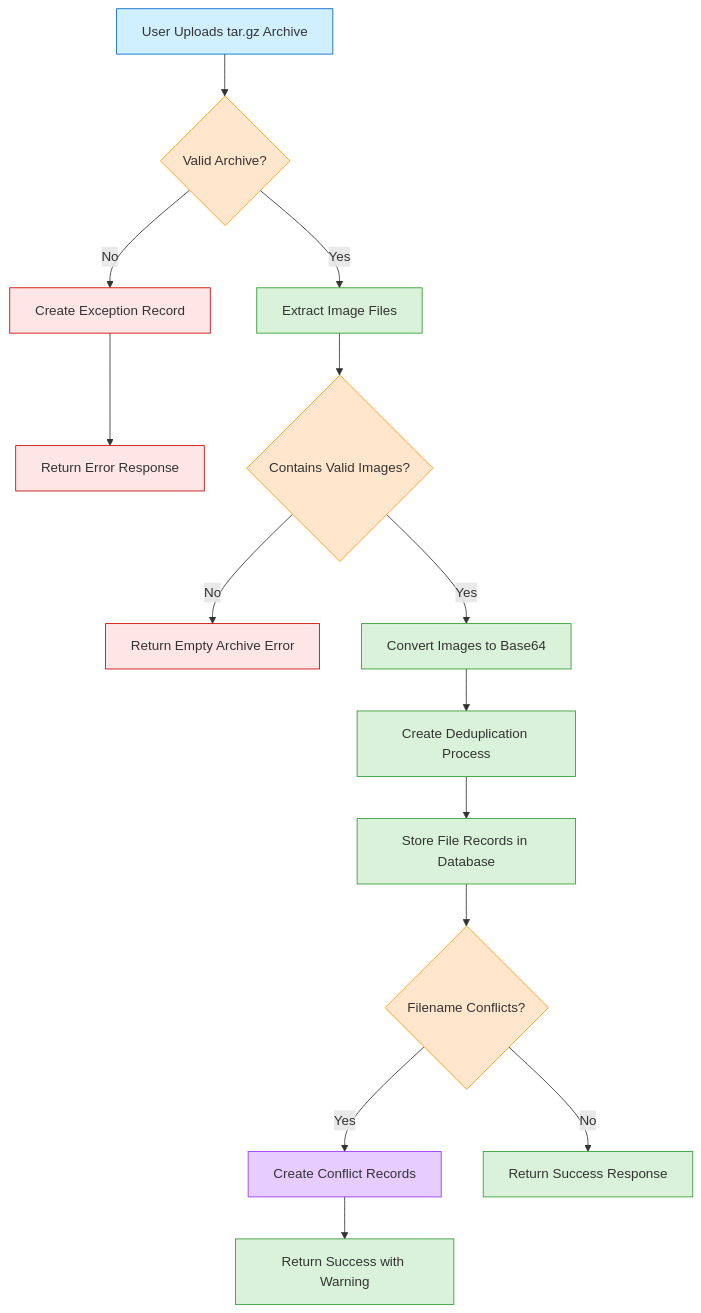
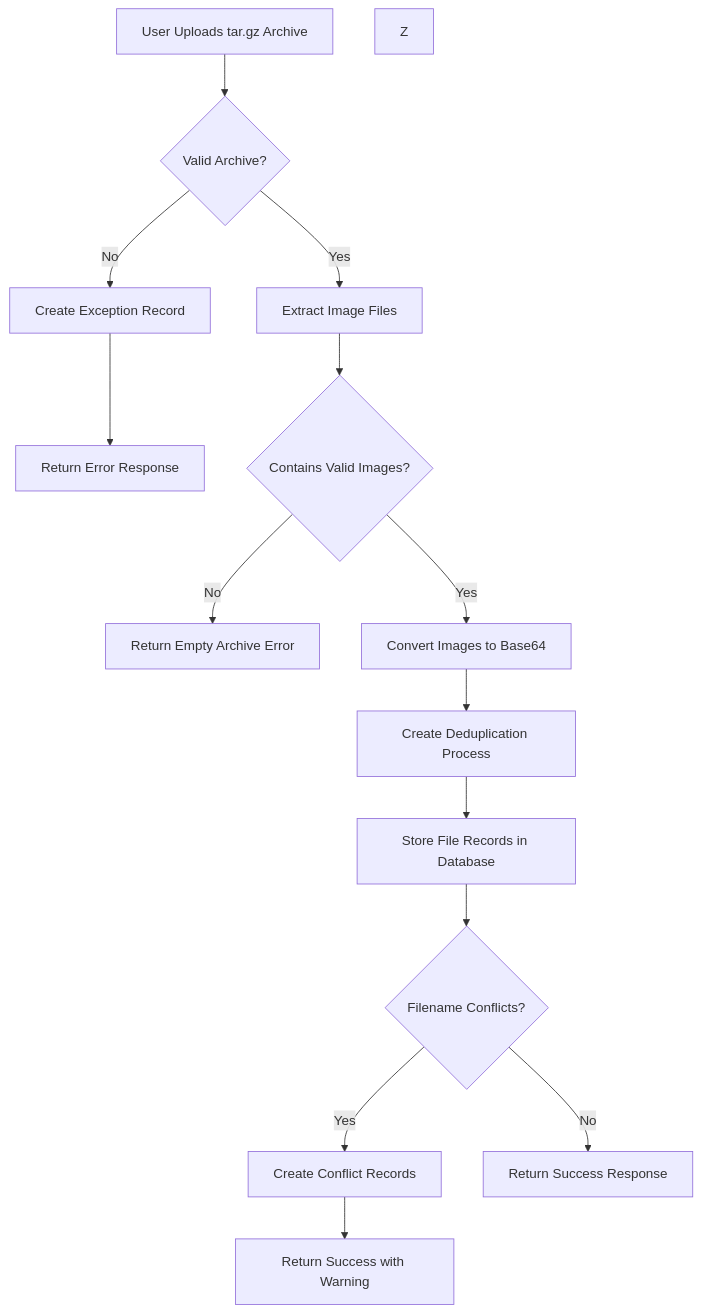
One commit to fares1919-ltrch/Backend-stage changed the second of 4 diagrams in Documentation/Upload.md. Above: the diagram before and after it, drawn with Mermaid. The commit also changed other lines of this file and 20 other files, not shown here.

````diff
--- a/Documentation/Upload.md
+++ b/Documentation/Upload.md
@@ -59,35 +55,22 @@
 ```mermaid
 flowchart TD
     A[User Uploads tar.gz Archive] --> B{Valid Archive?}
     B -->|No| C[Create Exception Record]
     C --> D[Return Error Response]
 
     B -->|Yes| E[Extract Image Files]
     E --> F{Contains Valid Images?}
     F -->|No| G[Return Empty Archive Error]
 
     F -->|Yes| H[Convert Images to Base64]
     H --> I[Create Deduplication Process]
     I --> J[Store File Records in Database]
     J --> K{Filename Conflicts?}
 
     K -->|Yes| L[Create Conflict Records]
     L --> M[Return Success with Warning]
 
     K -->|No| N[Return Success Response]
 
-    style A fill:#d1f0ff,stroke:#0066cc
-    style B fill:#ffe6cc,stroke:#ff9900
-    style C fill:#ffe6e6,stroke:#cc0000
-    style D fill:#ffe6e6,stroke:#cc0000
-    style E fill:#d9f2d9,stroke:#339933
-    style F fill:#ffe6cc,stroke:#ff9900
-    style G fill:#ffe6e6,stroke:#cc0000
-    style H fill:#d9f2d9,stroke:#339933
-    style I fill:#d9f2d9,stroke:#339933
-    style J fill:#d9f2d9,stroke:#339933
-    style K fill:#ffe6cc,stroke:#ff9900
-    style L fill:#e6ccff,stroke:#9933ff
-    style M fill:#d9f2d9,stroke:#339933
-    style N fill:#d9f2d9,stroke:#339933
+ Z
 ```
````
